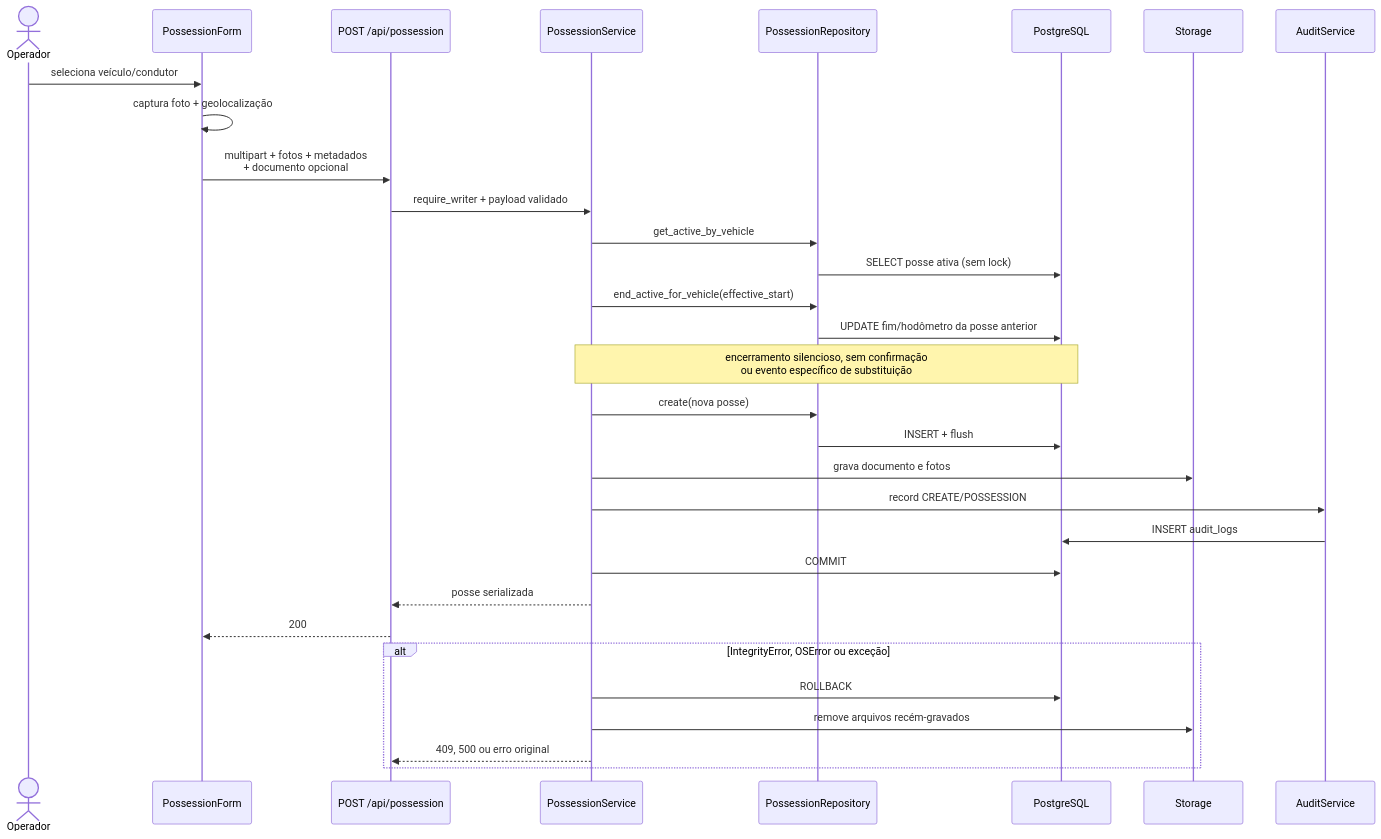
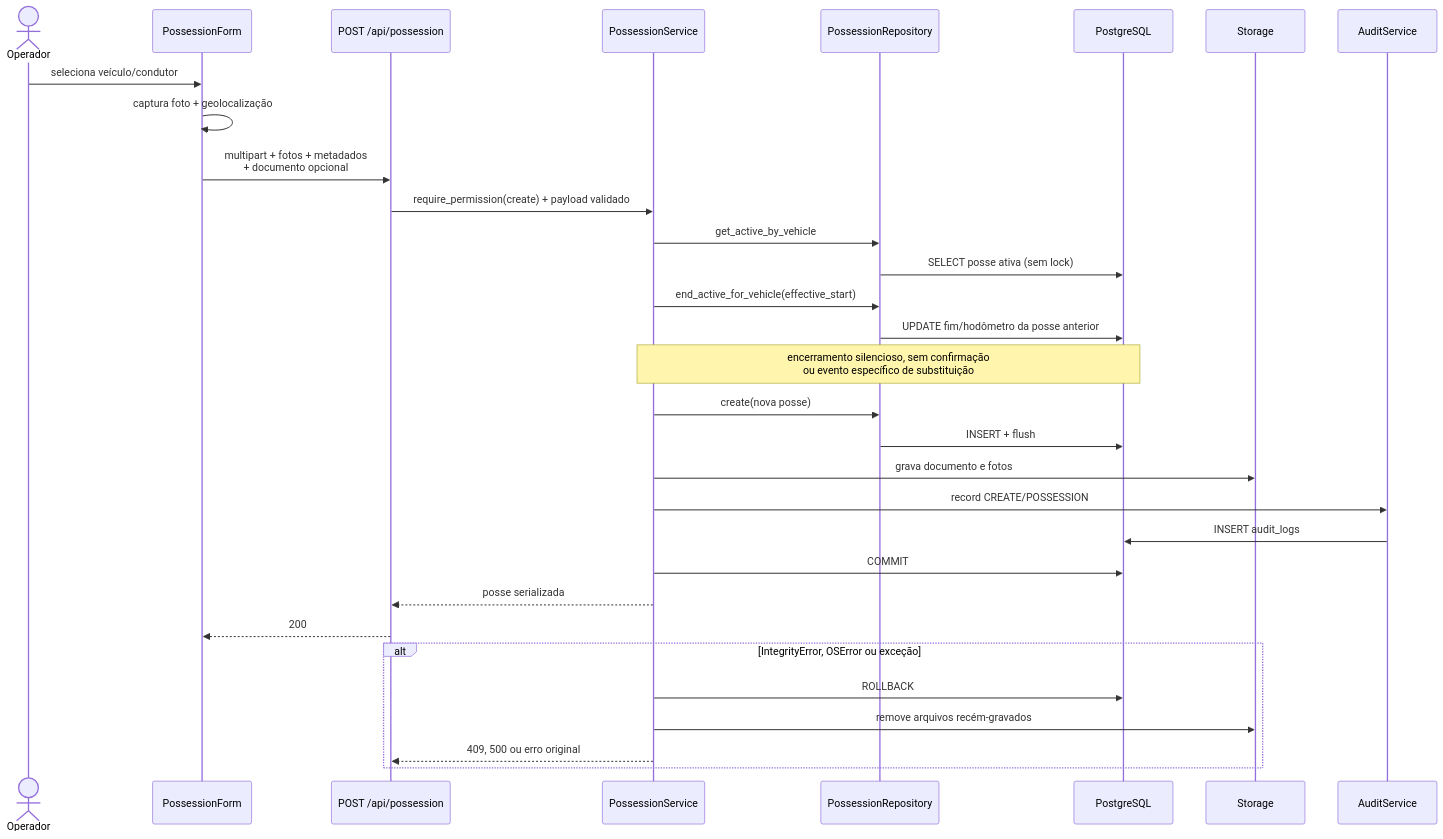
One commit to Tarmacruel/frota_postgres_local changed the second of 3 diagrams in docs/posse-rotas/DIAGRAMA_COMPONENTES.md. Above: the diagram before and after it, drawn with Mermaid. The commit also changed other lines of this file and 6 other files, not shown here.

````diff
--- a/docs/posse-rotas/DIAGRAMA_COMPONENTES.md
+++ b/docs/posse-rotas/DIAGRAMA_COMPONENTES.md
@@ -66,35 +69,35 @@
 ```mermaid
 sequenceDiagram
     actor Operador
     participant Form as PossessionForm
     participant API as POST /api/possession
     participant Svc as PossessionService
     participant Repo as PossessionRepository
     participant DB as PostgreSQL
     participant Disk as Storage
     participant Audit as AuditService
 
     Operador->>Form: seleciona veículo/condutor
     Form->>Form: captura foto + geolocalização
     Form->>API: multipart + fotos + metadados<br/>+ documento opcional
-    API->>Svc: require_writer + payload validado
+    API->>Svc: require_permission(create) + payload validado
     Svc->>Repo: get_active_by_vehicle
     Repo->>DB: SELECT posse ativa (sem lock)
     Svc->>Repo: end_active_for_vehicle(effective_start)
     Repo->>DB: UPDATE fim/hodômetro da posse anterior
     Note over Svc,DB: encerramento silencioso, sem confirmação<br/>ou evento específico de substituição
     Svc->>Repo: create(nova posse)
     Repo->>DB: INSERT + flush
     Svc->>Disk: grava documento e fotos
     Svc->>Audit: record CREATE/POSSESSION
     Audit->>DB: INSERT audit_logs
     Svc->>DB: COMMIT
     Svc-->>API: posse serializada
     API-->>Form: 200
 
     alt IntegrityError, OSError ou exceção
         Svc->>DB: ROLLBACK
         Svc->>Disk: remove arquivos recém-gravados
         Svc-->>API: 409, 500 ou erro original
     end
 ```
````
